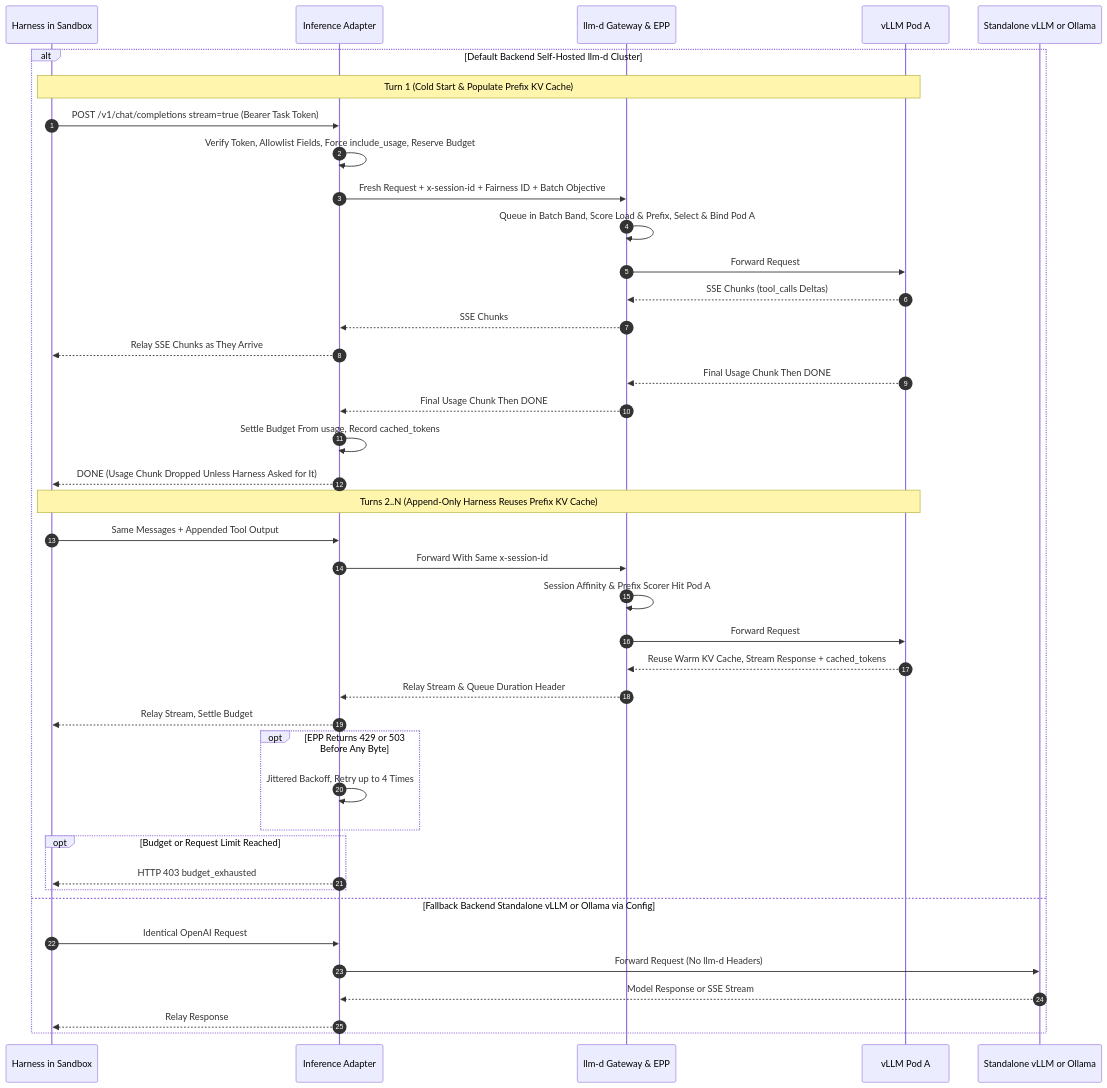
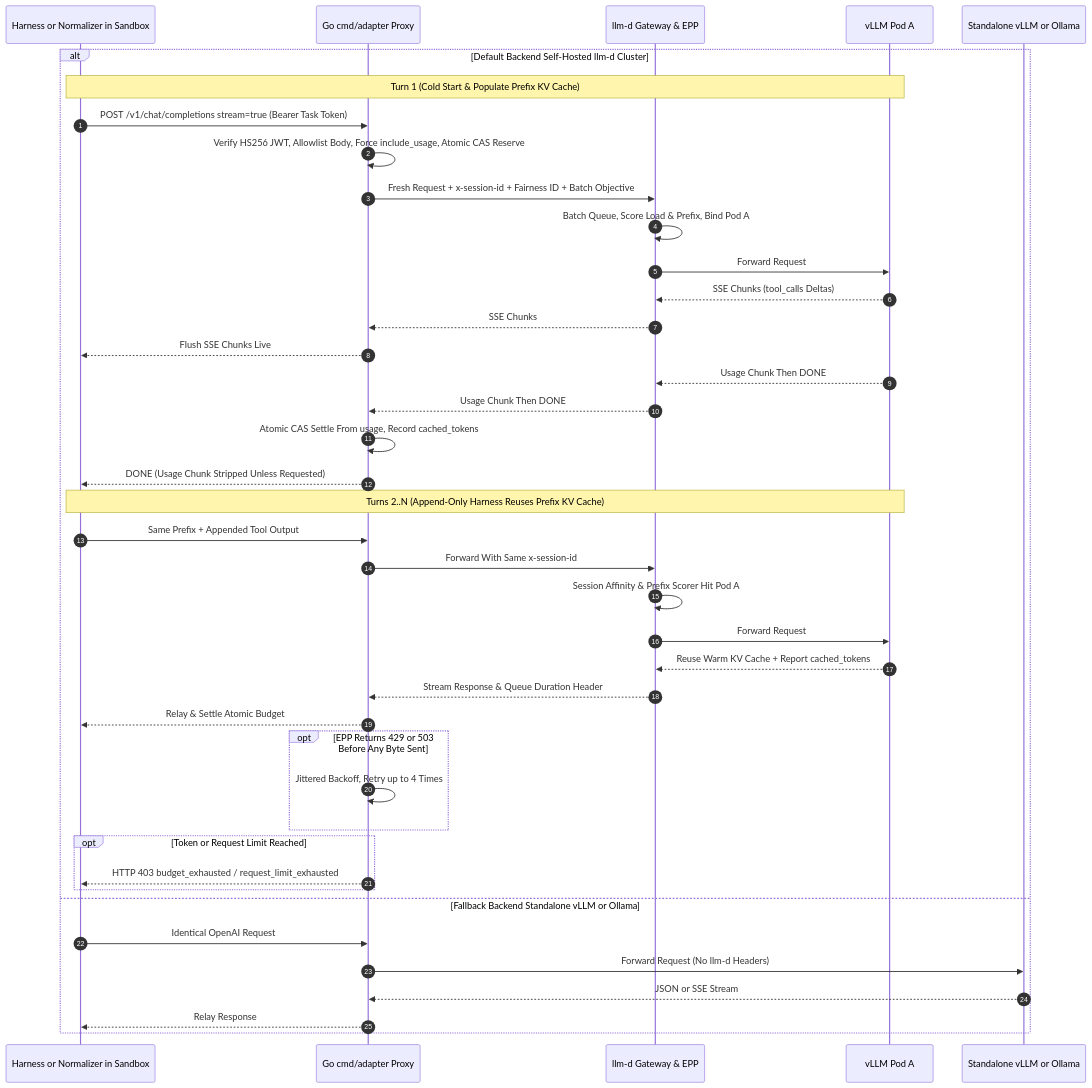
One commit to zetxqx/review-agent-infra changed the sixth of 6 diagrams in docs/design/hld.md. Above: the diagram before and after it, drawn with Mermaid. The commit also changed other lines of this file and 12 other files, not shown here.

````diff
--- a/docs/design/hld.md
+++ b/docs/design/hld.md
@@ -497,46 +425,46 @@
 ```mermaid
 sequenceDiagram
     autonumber
-    participant H as Harness in Sandbox
-    participant Adapter as Inference Adapter
+    participant H as Harness or Normalizer in Sandbox
+    participant Adapter as Go cmd/adapter Proxy
     participant EPP as llm-d Gateway & EPP
     participant PodA as vLLM Pod A
     participant Local as Standalone vLLM or Ollama
 
     alt Default Backend Self-Hosted llm-d Cluster
         Note over H,PodA: Turn 1 (Cold Start & Populate Prefix KV Cache)
         H->>Adapter: POST /v1/chat/completions stream=true (Bearer Task Token)
-        Adapter->>Adapter: Verify Token, Allowlist Fields, Force include_usage, Reserve Budget
+        Adapter->>Adapter: Verify HS256 JWT, Allowlist Body, Force include_usage, Atomic CAS Reserve
         Adapter->>EPP: Fresh Request + x-session-id + Fairness ID + Batch Objective
-        EPP->>EPP: Queue in Batch Band, Score Load & Prefix, Select & Bind Pod A
+        EPP->>EPP: Batch Queue, Score Load & Prefix, Bind Pod A
         EPP->>PodA: Forward Request
         PodA-->>EPP: SSE Chunks (tool_calls Deltas)
         EPP-->>Adapter: SSE Chunks
-        Adapter-->>H: Relay SSE Chunks as They Arrive
-        PodA-->>EPP: Final Usage Chunk Then DONE
-        EPP-->>Adapter: Final Usage Chunk Then DONE
-        Adapter->>Adapter: Settle Budget From usage, Record cached_tokens
-        Adapter-->>H: DONE (Usage Chunk Dropped Unless Harness Asked for It)
+        Adapter-->>H: Flush SSE Chunks Live
+        PodA-->>EPP: Usage Chunk Then DONE
+        EPP-->>Adapter: Usage Chunk Then DONE
+        Adapter->>Adapter: Atomic CAS Settle From usage, Record cached_tokens
+        Adapter-->>H: DONE (Usage Chunk Stripped Unless Requested)
 
         Note over H,PodA: Turns 2..N (Append-Only Harness Reuses Prefix KV Cache)
-        H->>Adapter: Same Messages + Appended Tool Output
+        H->>Adapter: Same Prefix + Appended Tool Output
         Adapter->>EPP: Forward With Same x-session-id
         EPP->>EPP: Session Affinity & Prefix Scorer Hit Pod A
         EPP->>PodA: Forward Request
-        PodA-->>EPP: Reuse Warm KV Cache, Stream Response + cached_tokens
-        EPP-->>Adapter: Relay Stream & Queue Duration Header
-        Adapter-->>H: Relay Stream, Settle Budget
+        PodA-->>EPP: Reuse Warm KV Cache + Report cached_tokens
+        EPP-->>Adapter: Stream Response & Queue Duration Header
+        Adapter-->>H: Relay & Settle Atomic Budget
 
-        opt EPP Returns 429 or 503 Before Any Byte
+        opt EPP Returns 429 or 503 Before Any Byte Sent
             Adapter->>Adapter: Jittered Backoff, Retry up to 4 Times
         end
-        opt Budget or Request Limit Reached
-            Adapter-->>H: HTTP 403 budget_exhausted
+        opt Token or Request Limit Reached
+            Adapter-->>H: HTTP 403 budget_exhausted / request_limit_exhausted
         end
-    else Fallback Backend Standalone vLLM or Ollama via Config
+    else Fallback Backend Standalone vLLM or Ollama
         H->>Adapter: Identical OpenAI Request
         Adapter->>Local: Forward Request (No llm-d Headers)
-        Local-->>Adapter: Model Response or SSE Stream
+        Local-->>Adapter: JSON or SSE Stream
         Adapter-->>H: Relay Response
     end
 ```
````
